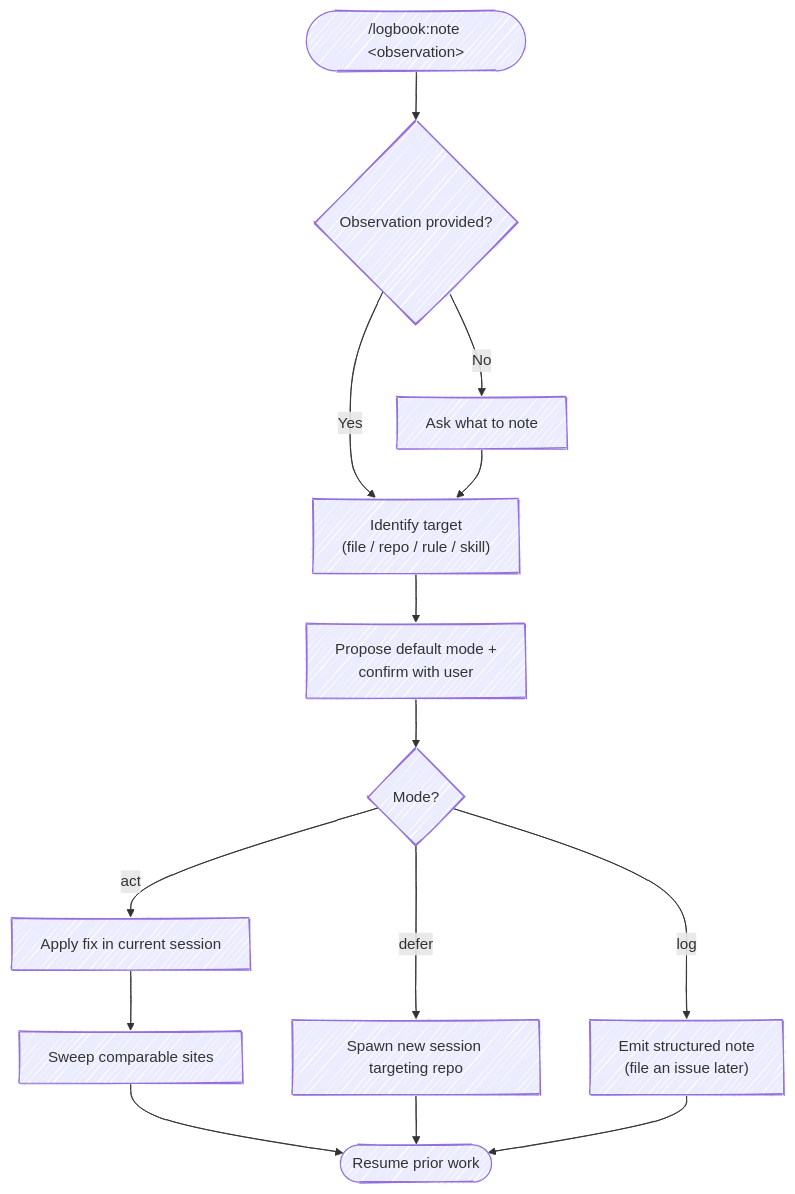
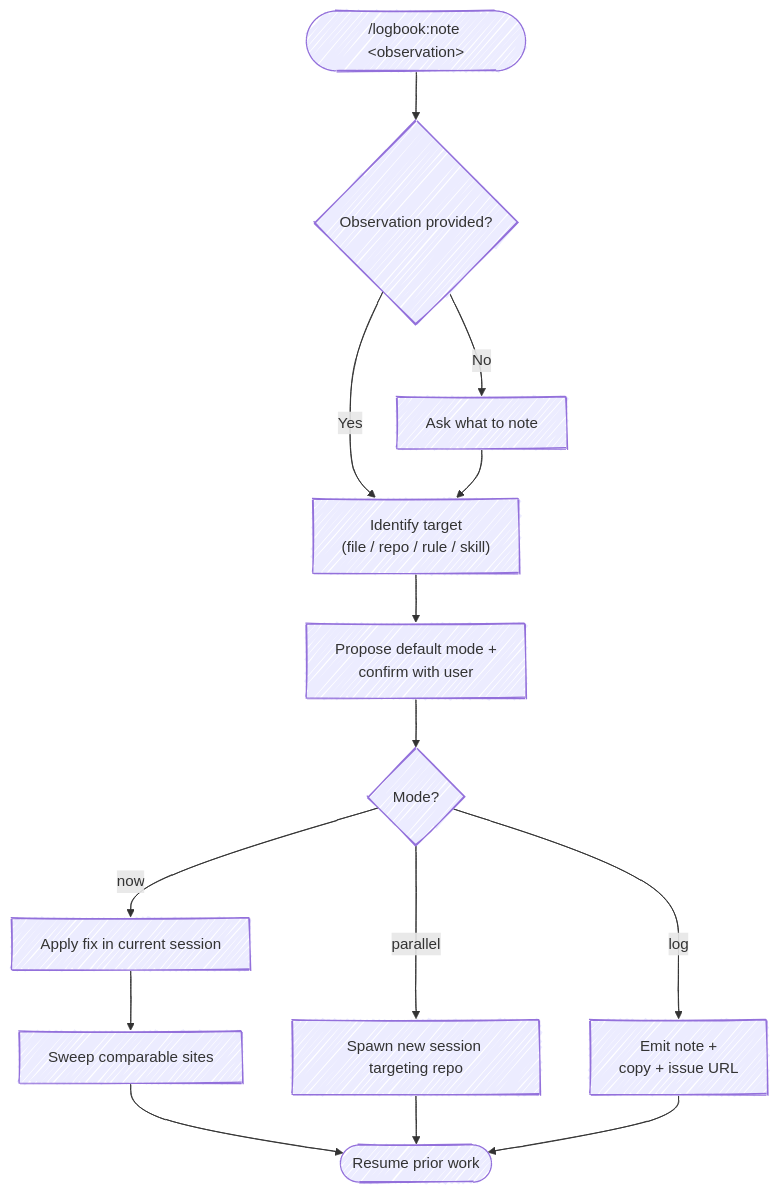
The diagram in skills/note/SKILL.md (chris-peterson/logbook), drawn with Mermaid before and after one commit. The commit also changed other lines of this file and 7 other files, not shown here.

````diff
--- a/skills/note/SKILL.md
+++ b/skills/note/SKILL.md
@@ -13,17 +13,17 @@
 ```mermaid
 %%{ init: { 'look': 'handDrawn' } }%%
 flowchart TD
     Start(["/logbook:note &lt;observation&gt;"]) --> HasArgs{Observation provided?}
     HasArgs -->|No| Ask["Ask what to note"]
     HasArgs -->|Yes| Identify["Identify target<br/>(file / repo / rule / skill)"]
     Ask --> Identify
     Identify --> Propose["Propose default mode +<br/>confirm with user"]
     Propose --> Mode{Mode?}
-    Mode -->|act| Apply["Apply fix in current session"]
+    Mode -->|now| Apply["Apply fix in current session"]
     Apply --> Sweep["Sweep comparable sites"]
     Sweep --> Resume([Resume prior work])
-    Mode -->|defer| Tab["Spawn new session targeting repo"]
+    Mode -->|parallel| Tab["Spawn new session targeting repo"]
     Tab --> Resume
-    Mode -->|log| Emit["Emit structured note<br/>(file an issue later)"]
+    Mode -->|log| Emit["Emit note +<br/>copy + issue URL"]
     Emit --> Resume
 ```
````
